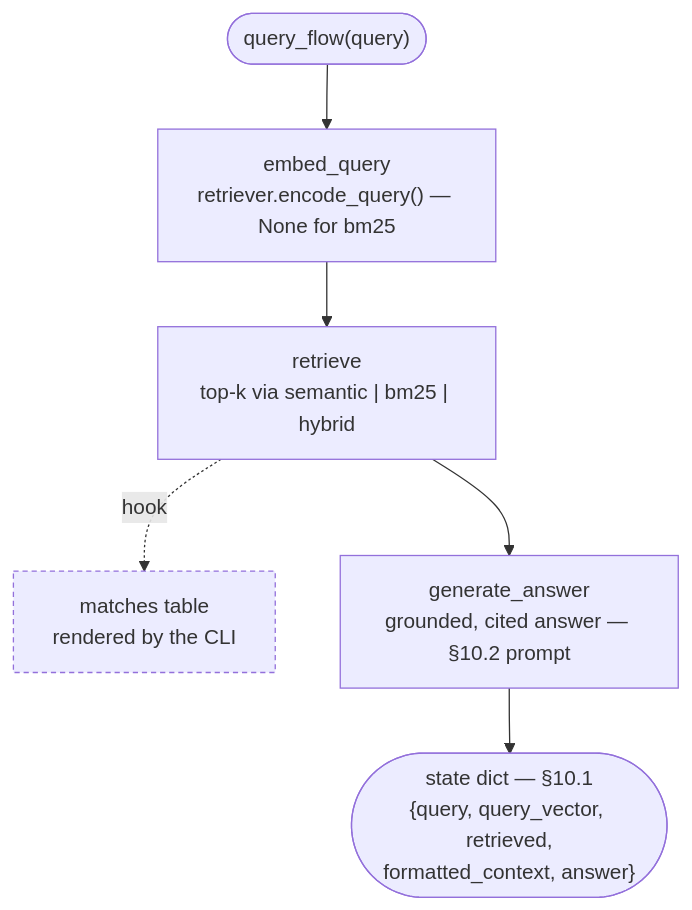
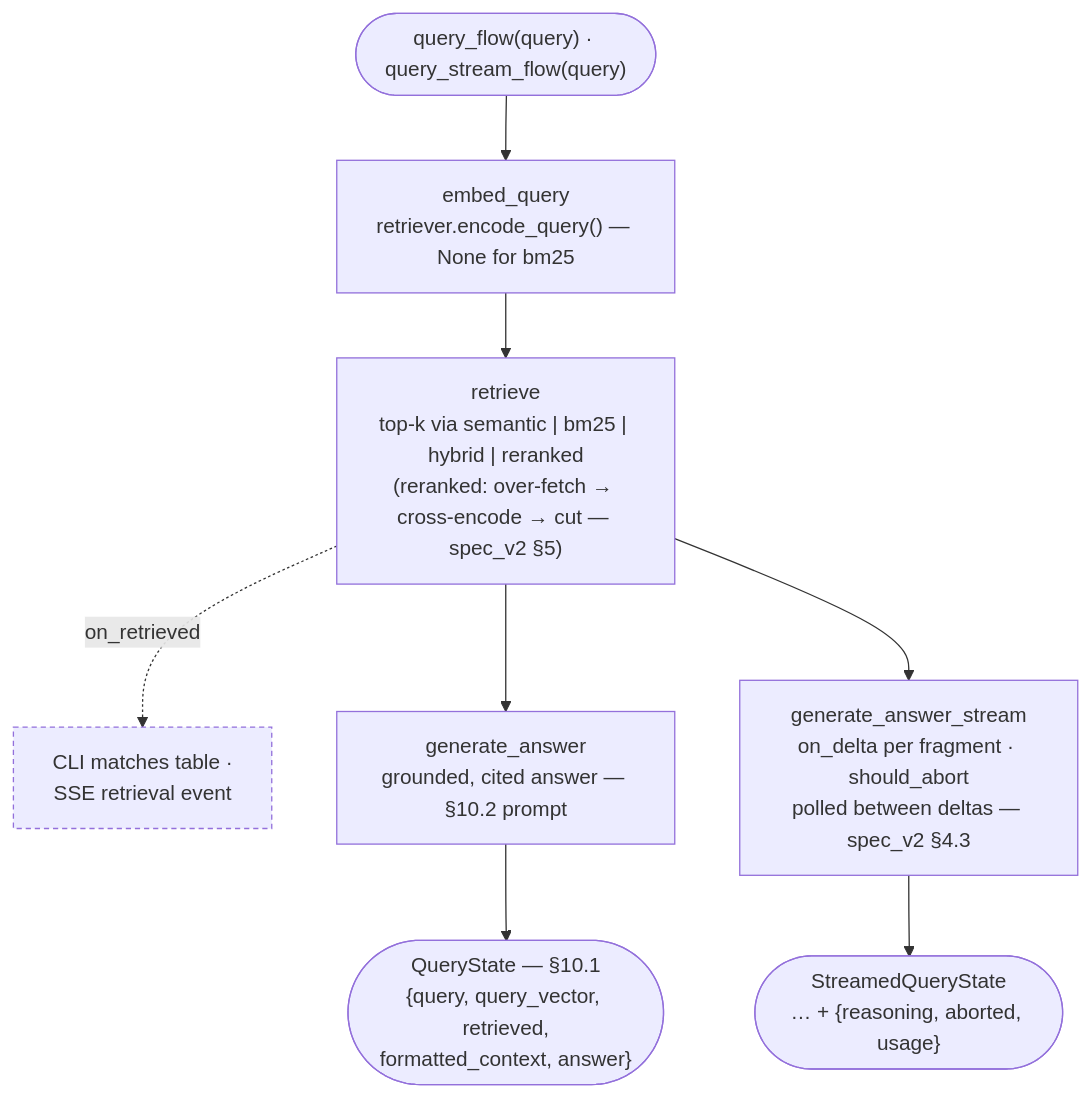
Before and after one commit to luisegarduno/varagity: the second of 3 diagrams in golden-docs/pipelines.md, drawn with Mermaid. The commit also changed other lines of this file and 6 other files, not shown here.

````diff
--- a/golden-docs/pipelines.md
+++ b/golden-docs/pipelines.md
@@ -73,11 +139,13 @@
 ```mermaid
 flowchart TB
-    start(["query_flow(query)"]) --> embed["embed_query<br/>retriever.encode_query() — None for bm25"]
-    embed --> retrieve["retrieve<br/>top-k via semantic | bm25 | hybrid"]
-    retrieve -.->|hook| matches["matches table<br/>rendered by the CLI"]
+    start(["query_flow(query) · query_stream_flow(query)"]) --> embed["embed_query<br/>retriever.encode_query() — None for bm25"]
+    embed --> retrieve["retrieve<br/>top-k via semantic | bm25 | hybrid | reranked<br/>(reranked: over-fetch → cross-encode → cut — spec_v2 §5)"]
+    retrieve -.->|on_retrieved| hook["CLI matches table ·<br/>SSE retrieval event"]
     retrieve --> generate["generate_answer<br/>grounded, cited answer — §10.2 prompt"]
-    generate --> state(["state dict — §10.1<br/>{query, query_vector, retrieved,<br/>formatted_context, answer}"])
+    retrieve --> generate_s["generate_answer_stream<br/>on_delta per fragment · should_abort<br/>polled between deltas — spec_v2 §4.3"]
+    generate --> state(["QueryState — §10.1<br/>{query, query_vector, retrieved,<br/>formatted_context, answer}"])
+    generate_s --> state_s(["StreamedQueryState<br/>… + {reasoning, aborted, usage}"])
 
     classDef sidecar stroke-dasharray:4 3;
-    class matches sidecar;
+    class hook sidecar;
 ```
````
